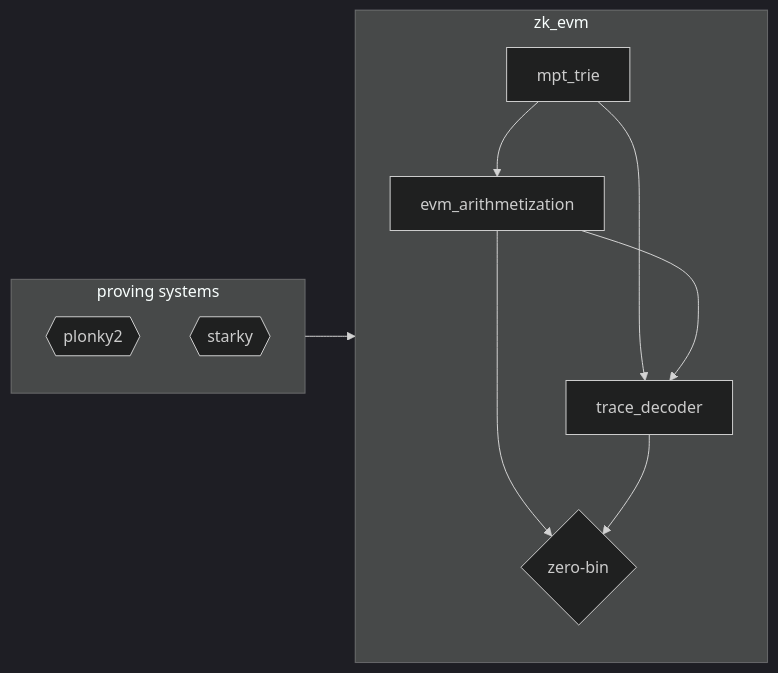
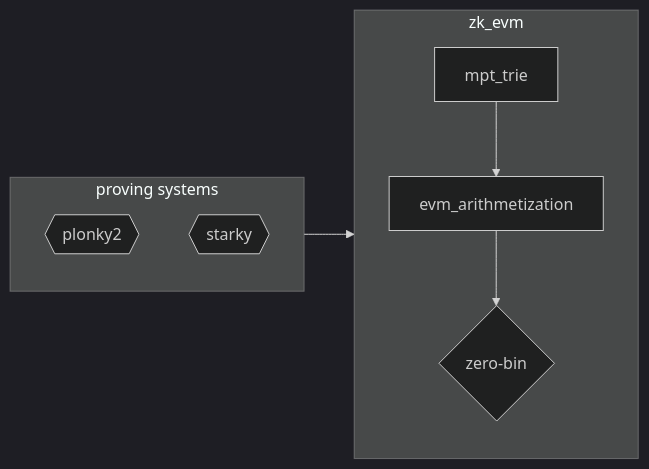
The diagram in README.md (0xPolygonZero/zk_evm), drawn with Mermaid before and after one commit. The commit also changed other lines of this file, not shown here.

````diff
--- a/README.md
+++ b/README.md
@@ -31,24 +28,20 @@
 ```mermaid
 %%{init: {'theme':'dark'}}%%
 flowchart LR
     subgraph ps [proving systems]
-    A1{{plonky2}}
-    A2{{starky}}
+        A1{{plonky2}}
+        A2{{starky}}
     end
 
     ps --> zk_evm
 
-    subgraph zk_evm [zk_evm]
-    B[mpt_trie]
-    C[evm_arithmetization]
-    D[trace_decoder]
+    subgraph zk_evm
+        B[mpt_trie]
+        C[evm_arithmetization]
 
-    B --> C
-    B ---> D
-    C ---> D
+        B --> C
 
-    F{zero-bin}
-    C --> F
-    D --> F
+        F{zero-bin}
+        C --> F
     end
 ```
````
